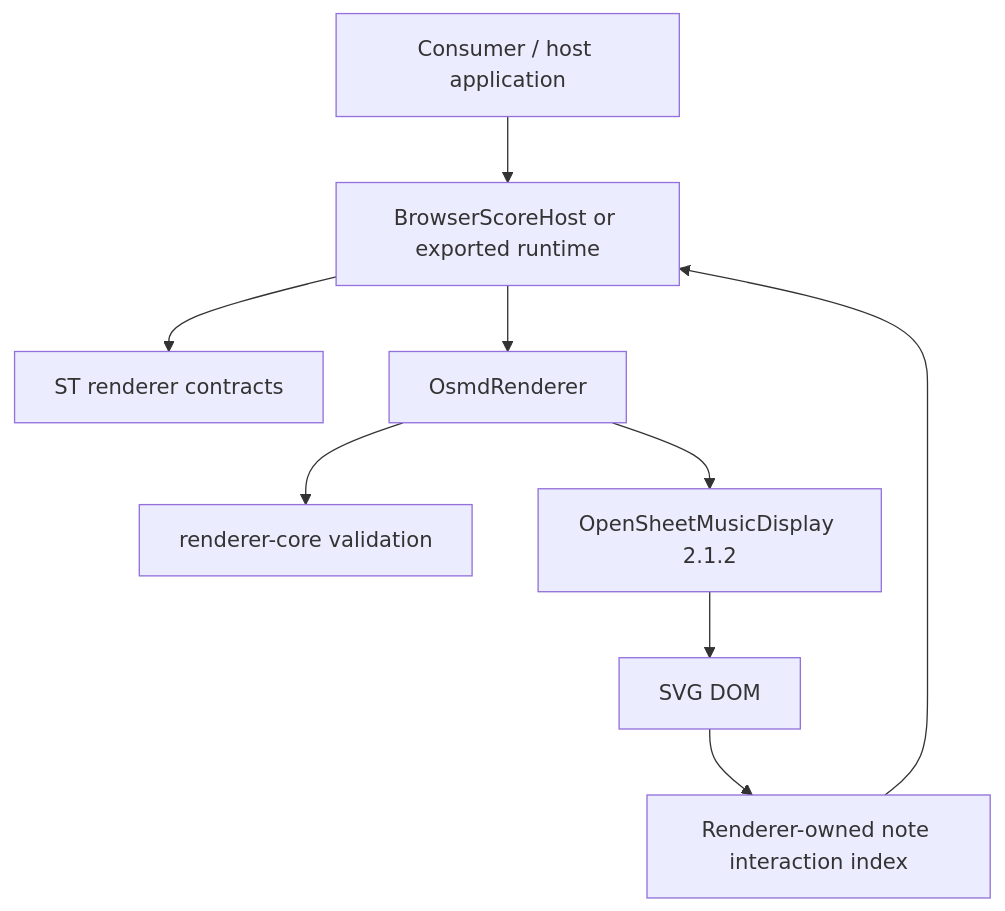
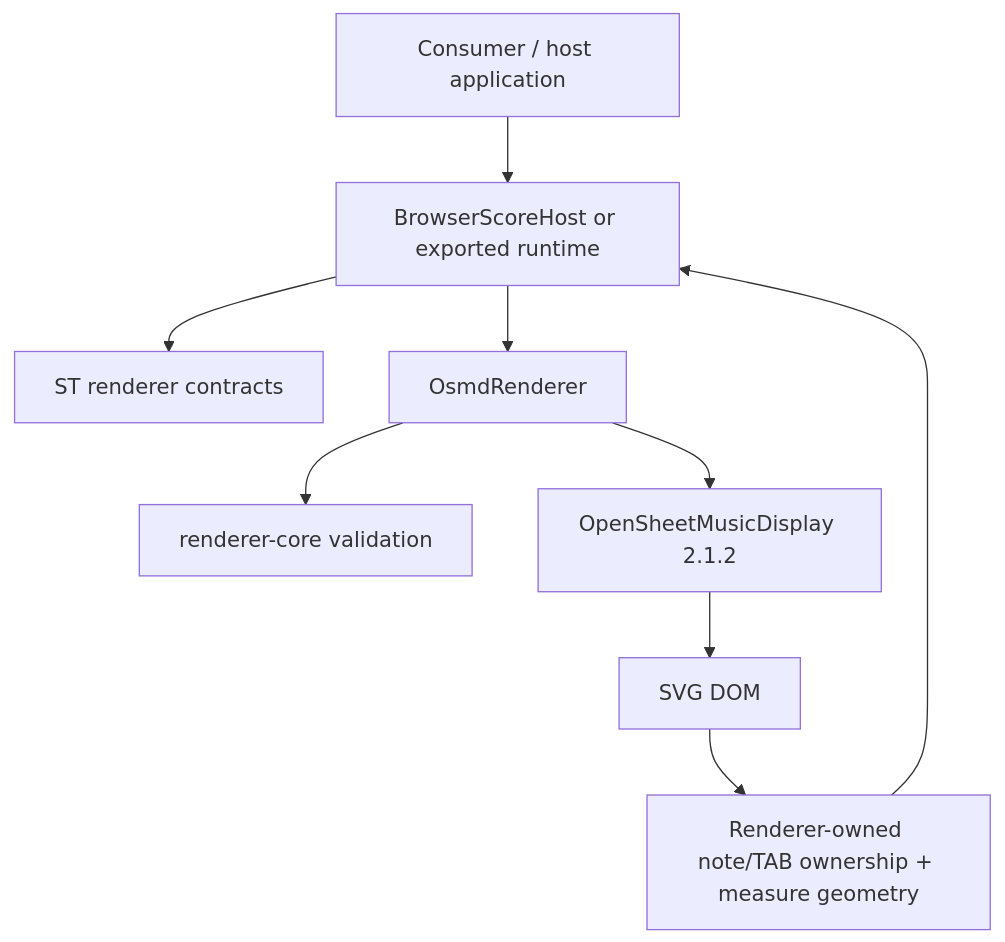
Before and after one commit to khfy7wpr5p-maker/st-score-rendering-layer: the diagram in README.md, drawn with Mermaid. The commit also changed other lines of this file, not shown here.

````diff
--- a/README.md
+++ b/README.md
@@ -31,11 +32,11 @@
 ```mermaid
 flowchart TD
   Host[Consumer / host application] --> BH[BrowserScoreHost or exported runtime]
   BH --> C[ST renderer contracts]
   BH --> O[OsmdRenderer]
   O --> Core[renderer-core validation]
   O --> OSMD[OpenSheetMusicDisplay 2.1.2]
   OSMD --> SVG[SVG DOM]
-  SVG --> I[Renderer-owned note interaction index]
+  SVG --> I[Renderer-owned note/TAB ownership + measure geometry]
   I --> BH
 ```
````
